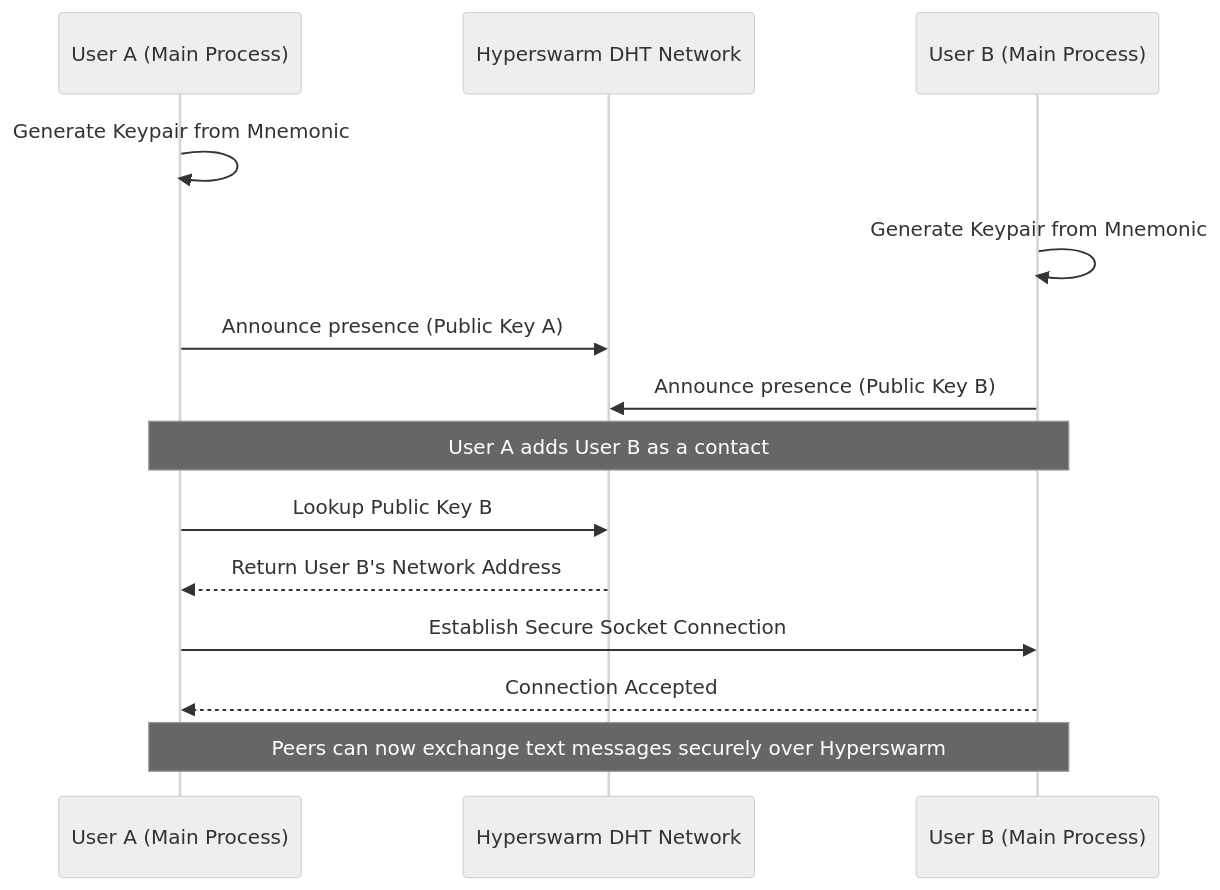
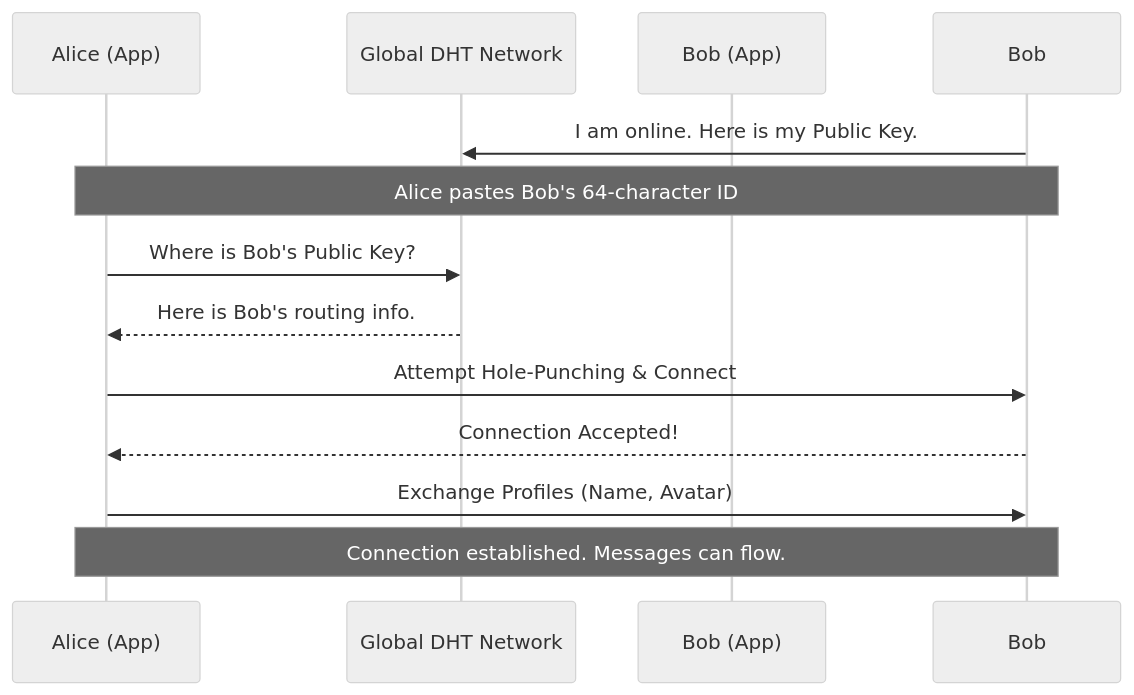
Before and after one commit to Adishram/ay-messaging-app: the second of 3 diagrams in app_documentation.md, drawn with Mermaid (neutral theme). The commit also changed other lines of this file and 10 other files, not shown here.

Commit message:
feat: file transfers, offline messages, contact requests, and screen permissions

````diff
--- a/app_documentation.md
+++ b/app_documentation.md
@@ -34,19 +87,15 @@
 ```mermaid
 sequenceDiagram
-    participant UserA as User A (Main Process)
-    participant DHT as Hyperswarm DHT Network
-    participant UserB as User B (Main Process)
+    participant UserA as Alice (App)
+    participant DHT as Global DHT Network
+    participant UserB as Bob (App)
     
-    UserA->>UserA: Generate Keypair from Mnemonic
-    UserB->>UserB: Generate Keypair from Mnemonic
-    
-    UserA->>DHT: Announce presence (Public Key A)
-    UserB->>DHT: Announce presence (Public Key B)
-    
-    Note over UserA,UserB: User A adds User B as a contact
-    UserA->>DHT: Lookup Public Key B
-    DHT-->>UserA: Return User B's Network Address
-    UserA->>UserB: Establish Secure Socket Connection
-    UserB-->>UserA: Connection Accepted
-    Note over UserA,UserB: Peers can now exchange text messages securely over Hyperswarm
+    Bob->>DHT: I am online. Here is my Public Key.
+    Note over UserA,Bob: Alice pastes Bob's 64-character ID
+    UserA->>DHT: Where is Bob's Public Key?
+    DHT-->>UserA: Here is Bob's routing info.
+    UserA->>Bob: Attempt Hole-Punching & Connect
+    Bob-->>UserA: Connection Accepted!
+    UserA->>Bob: Exchange Profiles (Name, Avatar)
+    Note over UserA,Bob: Connection established. Messages can flow.
 ```
````
